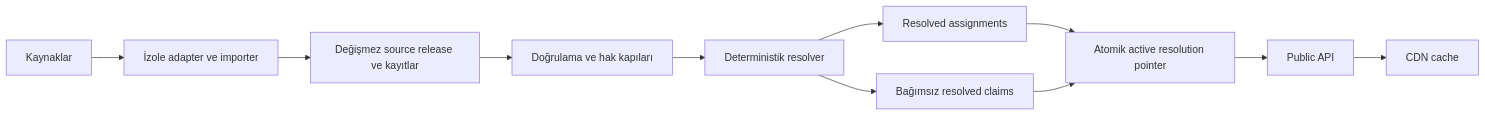
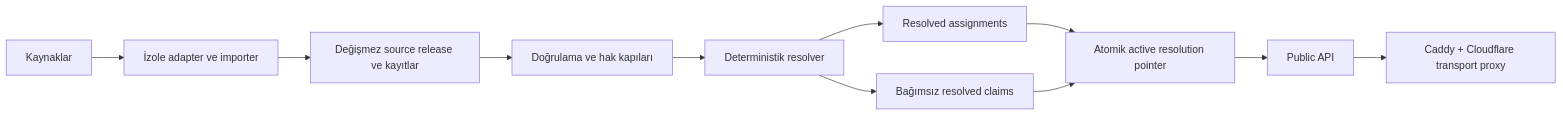
The diagram in docs/architecture.md (ta2jam/macvendor), drawn with Mermaid before and after one commit. The commit also changed other lines of this file and 23 other files, not shown here.

````diff
--- a/docs/architecture.md
+++ b/docs/architecture.md
@@ -40,13 +40,13 @@
 ```mermaid
 flowchart LR
     A["Kaynaklar"] --> B["İzole adapter ve importer"]
     B --> C["Değişmez source release ve kayıtlar"]
     C --> D["Doğrulama ve hak kapıları"]
     D --> E["Deterministik resolver"]
     E --> F["Resolved assignments"]
     E --> G["Bağımsız resolved claims"]
     F --> H["Atomik active resolution pointer"]
     G --> H
     H --> I["Public API"]
-    I --> J["CDN cache"]
+    I --> J["Caddy + Cloudflare transport proxy"]
 ```
````
